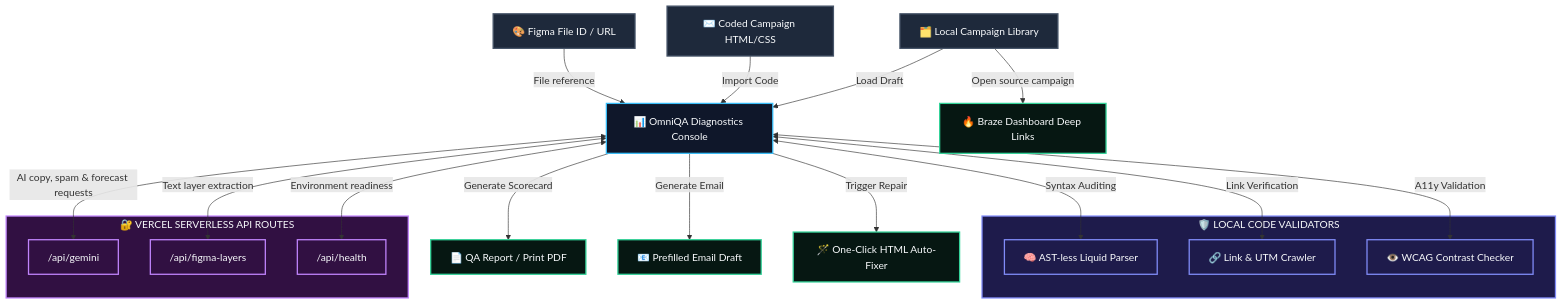
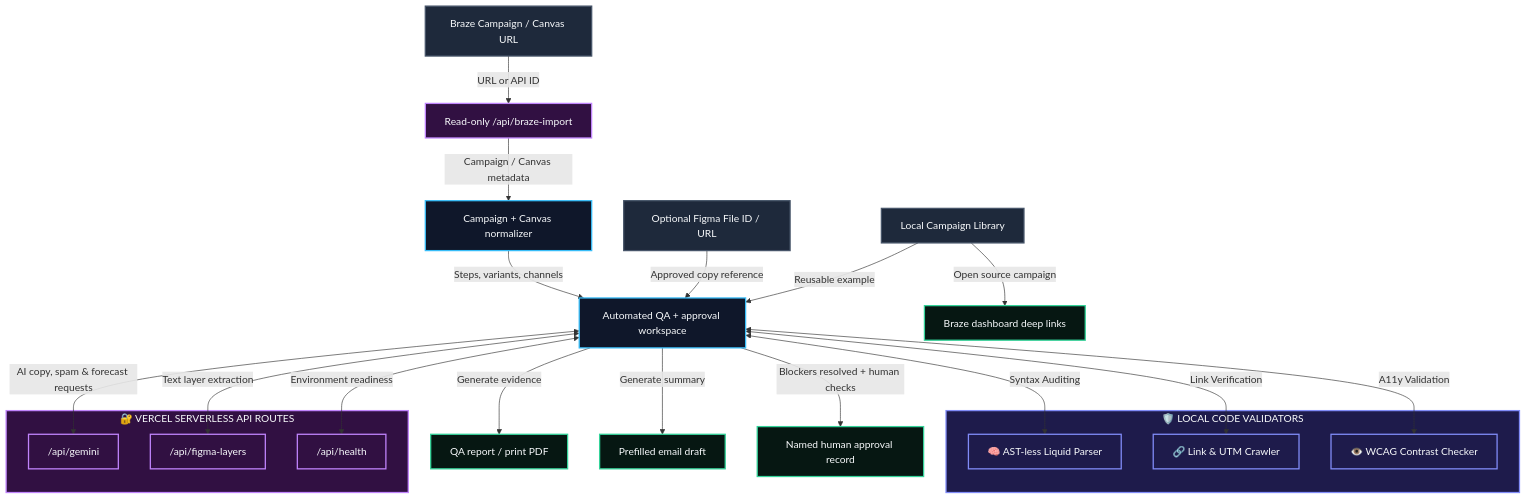
One commit to mzubtsova/omni-qa-braze changed the diagram in README.md. Above: the diagram before and after it, drawn with Mermaid. The commit also changed other lines of this file and 17 other files, not shown here.

Commit message:
Build automated read-only Braze QA workflow

````diff
--- a/README.md
+++ b/README.md
@@ -11,53 +11,57 @@
 ```mermaid
 flowchart TD
     %% Styling Definitions
     classDef source fill:#1e293b,stroke:#475569,stroke-width:2px,color:#f8fafc;
     classDef core fill:#0f172a,stroke:#38bdf8,stroke-width:2px,color:#f8fafc;
     classDef validator fill:#1e1b4b,stroke:#818cf8,stroke-width:2px,color:#f8fafc;
     classDef server fill:#311042,stroke:#c084fc,stroke-width:2px,color:#f8fafc;
     classDef output fill:#061712,stroke:#34d399,stroke-width:2px,color:#f8fafc;
 
     %% Nodes
-    Figma["🎨 Figma File ID / URL"]:::source
-    Payload["✉️ Coded Campaign HTML/CSS"]:::source
-    Catalog["🗂️ Local Campaign Library"]:::source
+    Braze["Braze Campaign / Canvas URL"]:::source
+    Figma["Optional Figma File ID / URL"]:::source
+    Catalog["Local Campaign Library"]:::source
     
-    App["📊 OmniQA Diagnostics Console"]:::core
+    ImportRoute["Read-only /api/braze-import"]:::server
+    Normalizer["Campaign + Canvas normalizer"]:::core
+    App["Automated QA + approval workspace"]:::core
     
     subgraph LocalValidators ["🛡️ LOCAL CODE VALIDATORS"]
         Liquid["🧠 AST-less Liquid Parser"]
         Links["🔗 Link & UTM Crawler"]
         WCAG["👁️ WCAG Contrast Checker"]
     end
     class LocalValidators,Liquid,Links,WCAG validator;
     
     subgraph ServerRoutes ["🔐 VERCEL SERVERLESS API ROUTES"]
         GeminiRoute["/api/gemini"]
         FigmaRoute["/api/figma-layers"]
         HealthRoute["/api/health"]
     end
     class ServerRoutes,GeminiRoute,FigmaRoute,HealthRoute server;
     
-    PDFExport["📄 QA Report / Print PDF"]:::output
-    ReportEmail["📧 Prefilled Email Draft"]:::output
-    AutoFix["🪄 One-Click HTML Auto-Fixer"]:::output
-    BrazeLinks["🔥 Braze Dashboard Deep Links"]:::output
+    PDFExport["QA report / print PDF"]:::output
+    ReportEmail["Prefilled email draft"]:::output
+    Approval["Named human approval record"]:::output
+    BrazeLinks["Braze dashboard deep links"]:::output
     
     %% Flow Connections
-    Figma -->|File reference| App
-    Payload -->|Import Code| App
-    Catalog -->|Load Draft| App
+    Braze -->|URL or API ID| ImportRoute
+    ImportRoute -->|Campaign / Canvas metadata| Normalizer
+    Normalizer -->|Steps, variants, channels| App
+    Figma -->|Approved copy reference| App
+    Catalog -->|Reusable example| App
     
     App <-->|Syntax Auditing| Liquid
     App <-->|Link Verification| Links
     App <-->|A11y Validation| WCAG
     
     App <-->|AI copy, spam & forecast requests| GeminiRoute
     App <-->|Text layer extraction| FigmaRoute
     App <-->|Environment readiness| HealthRoute
     
-    App -->|Generate Scorecard| PDFExport
-    App -->|Generate Email| ReportEmail
-    App -->|Trigger Repair| AutoFix
+    App -->|Generate evidence| PDFExport
+    App -->|Generate summary| ReportEmail
+    App -->|Blockers resolved + human checks| Approval
     Catalog -->|Open source campaign| BrazeLinks
 ```
````
